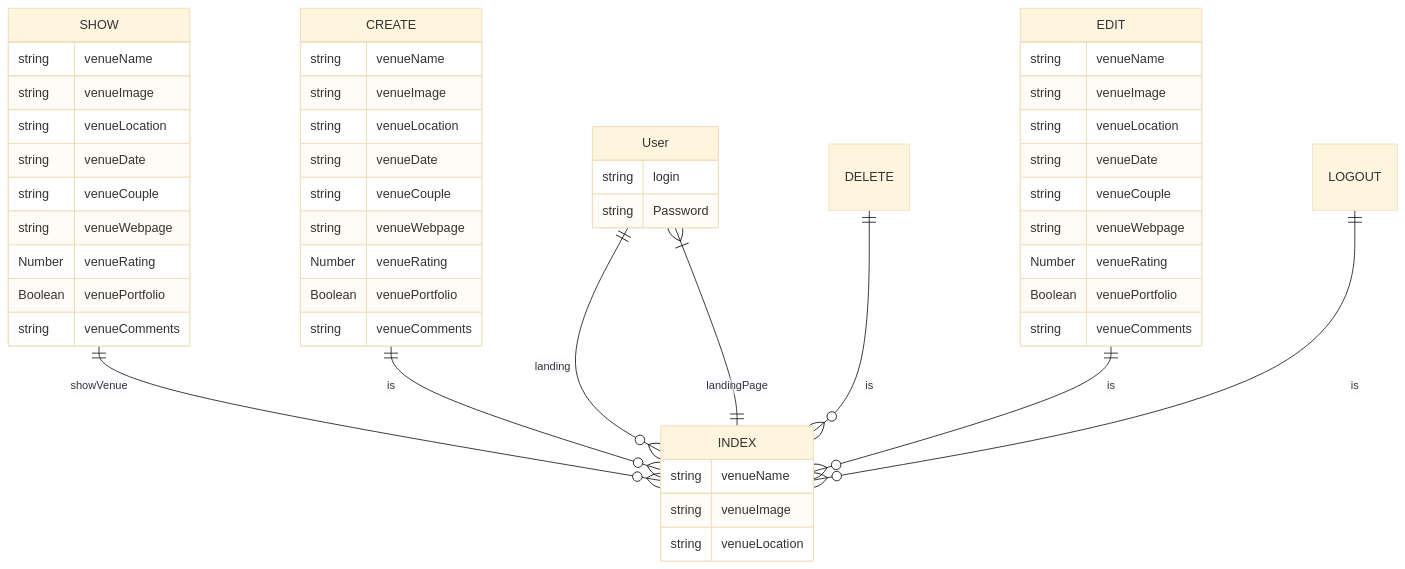
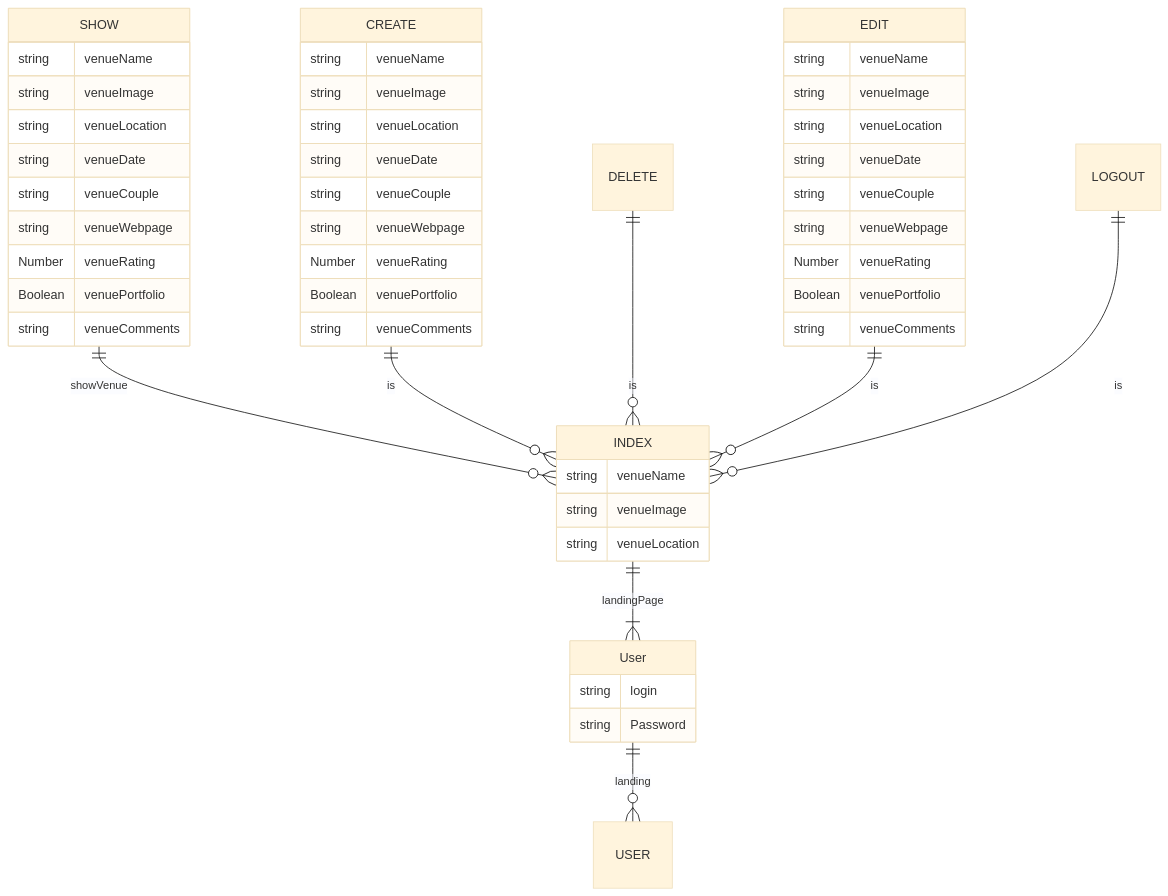
The diagram in readme.md (adriancgarcia/project2-photo-assistant), drawn with Mermaid (base theme) before and after one commit.

````diff
--- a/readme.md
+++ b/readme.md
@@ -41,61 +41,61 @@
 ``` mermaid
 erDiagram
-    User ||--o{ INDEX: landing
+    User ||--o{ USER: landing
     User {
         string login
         string Password
     }
     INDEX ||--|{ User : landingPage
     INDEX {
         string venueName
         string venueImage
         string venueLocation
     }
     SHOW || --o{ INDEX : showVenue
     SHOW{
         string venueName
         string venueImage
         string venueLocation
         string venueDate
         string venueCouple
         string venueWebpage
         Number venueRating
         Boolean venuePortfolio
         string venueComments
     }
     CREATE || --o{ INDEX : is
     CREATE {
         string venueName
         string venueImage
         string venueLocation
         string venueDate
         string venueCouple
         string venueWebpage
         Number venueRating
         Boolean venuePortfolio
         string venueComments
     }
     DELETE || --o{ INDEX : is
     DELETE {
 
 
     }
     EDIT || --o{ INDEX : is
     EDIT {
         string venueName
         string venueImage
         string venueLocation
         string venueDate
         string venueCouple
         string venueWebpage
         Number venueRating
         Boolean venuePortfolio
         string venueComments
     }
     LOGOUT || --o{ INDEX : is
     LOGOUT {
 
     }
     
 
 ```
````
